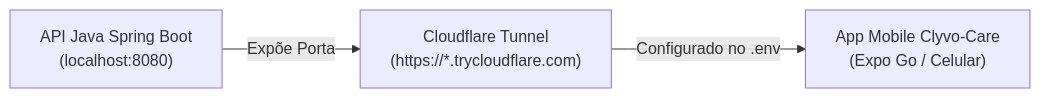
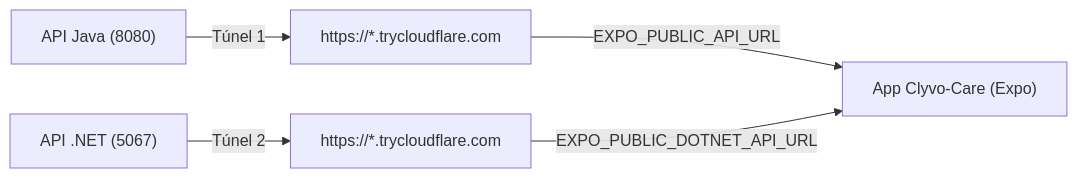
Before and after one commit to ClyvoPet-Challenge-2026/Clyvo-Care: the second of 2 diagrams in README.md, drawn with Mermaid. The commit also changed other lines of this file, not shown here.

````diff
--- a/README.md
+++ b/README.md
@@ -159,5 +229,7 @@
 ```mermaid
 flowchart LR
-    A["API Java Spring Boot<br/>(localhost:8080)"] -->|Expõe Porta| B["Cloudflare Tunnel<br/>(https://*.trycloudflare.com)"]
-    B -->|Configurado no .env| C["App Mobile Clyvo-Care<br/>(Expo Go / Celular)"]
+    A["API Java (8080)"] -->|Túnel 1| B["https://*.trycloudflare.com"]
+    C["API .NET (5067)"] -->|Túnel 2| D["https://*.trycloudflare.com"]
+    B -->|EXPO_PUBLIC_API_URL| E["App Clyvo-Care (Expo)"]
+    D -->|EXPO_PUBLIC_DOTNET_API_URL| E
 ```
````
